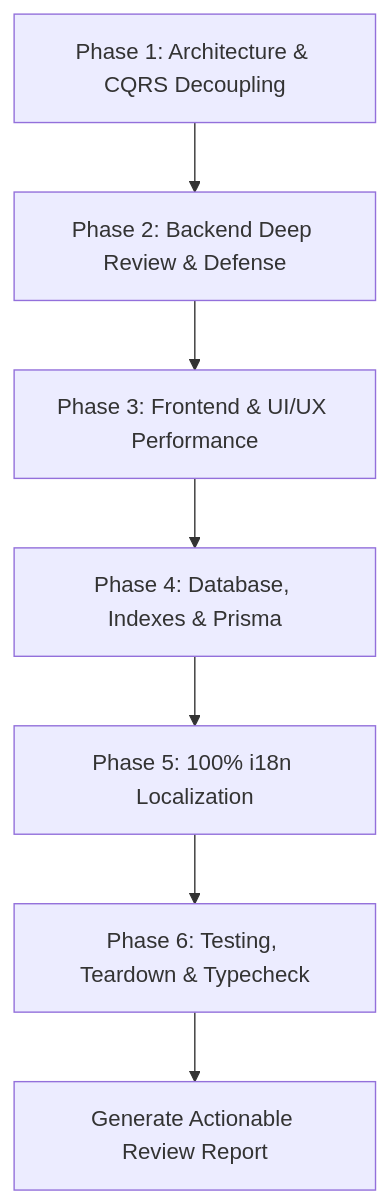
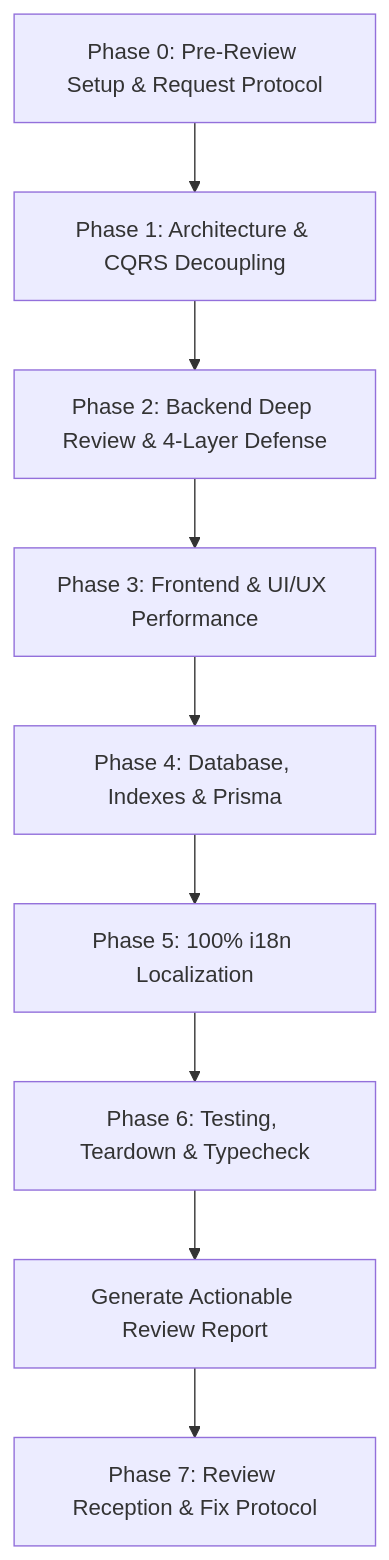
Before and after one commit to OlegFutornoi/SmartFeedStudio: the diagram in .agents/skills/fullstack-code-review/SKILL.md, drawn with Mermaid. The commit also changed other lines of this file and 160 other files, not shown here.

````diff
--- a/.agents/skills/fullstack-code-review/SKILL.md
+++ b/.agents/skills/fullstack-code-review/SKILL.md
@@ -55,9 +153,11 @@
 ```mermaid
 flowchart TD
-    P1[Phase 1: Architecture & CQRS Decoupling] --> P2[Phase 2: Backend Deep Review & Defense]
+    P0[Phase 0: Pre-Review Setup & Request Protocol] --> P1[Phase 1: Architecture & CQRS Decoupling]
+    P1 --> P2[Phase 2: Backend Deep Review & 4-Layer Defense]
     P2 --> P3[Phase 3: Frontend & UI/UX Performance]
     P3 --> P4[Phase 4: Database, Indexes & Prisma]
     P4 --> P5[Phase 5: 100% i18n Localization]
     P5 --> P6[Phase 6: Testing, Teardown & Typecheck]
     P6 --> Report[Generate Actionable Review Report]
+    Report --> P7[Phase 7: Review Reception & Fix Protocol]
 ```
````
